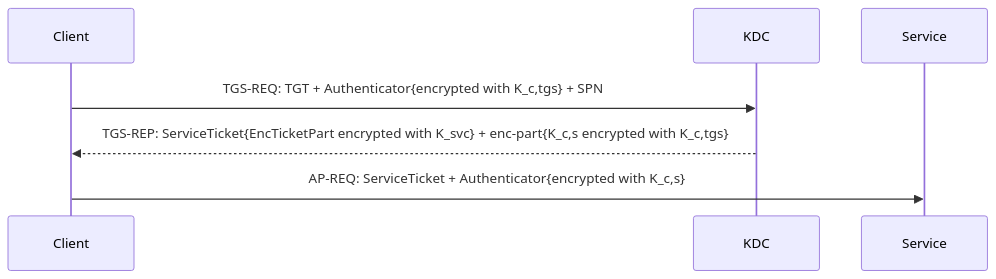
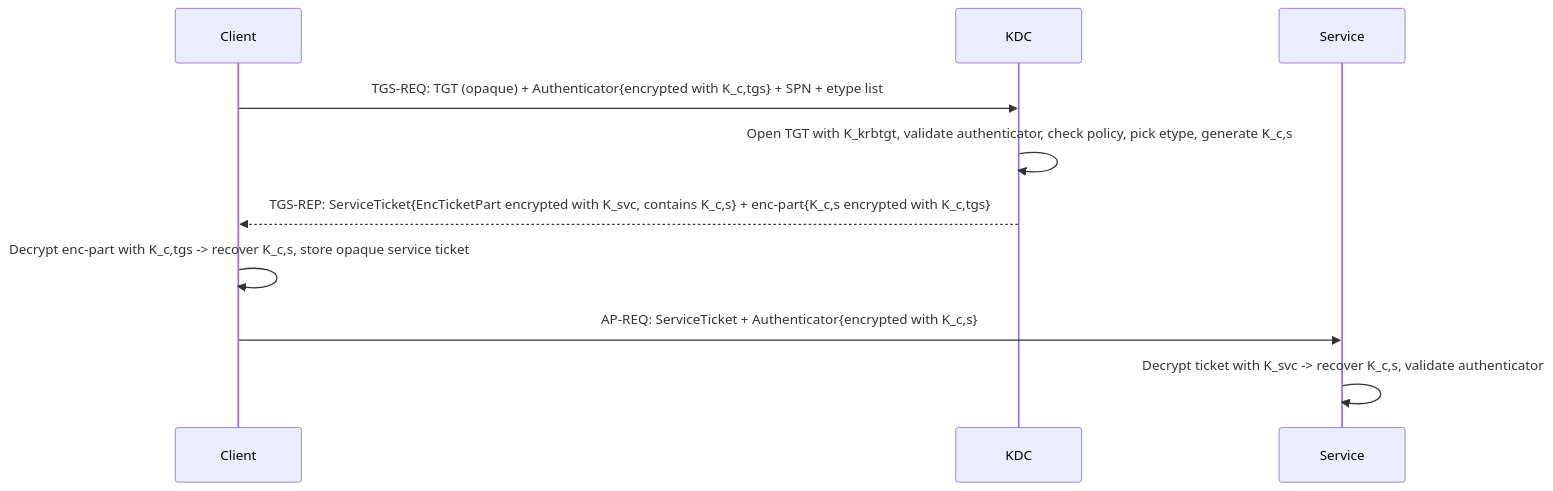
One commit to 0xMati/Tech-Blog changed the third of 5 diagrams in 060 - Active Directory/Hardening/RC4 Hardening/1. RC4 Fundamentals, Obsolescence, and Risks of Continued Use.md. Above: the diagram before and after it, drawn with Mermaid. The commit also changed other lines of this file, not shown here.

````diff
--- a/060 - Active Directory/Hardening/RC4 Hardening/1. RC4 Fundamentals, Obsolescence, and Risks of Continued Use.md
+++ b/060 - Active Directory/Hardening/RC4 Hardening/1. RC4 Fundamentals, Obsolescence, and Risks of Continued Use.md
@@ -121,9 +121,12 @@
 ```mermaid
 sequenceDiagram
 	participant C as Client
 	participant K as KDC
 	participant S as Service
-	C->>K: TGS-REQ: TGT + Authenticator{encrypted with K_c,tgs} + SPN
-	K-->>C: TGS-REP: ServiceTicket{EncTicketPart encrypted with K_svc} + enc-part{K_c,s encrypted with K_c,tgs}
+	C->>K: TGS-REQ: TGT (opaque) + Authenticator{encrypted with K_c,tgs} + SPN + etype list
+	K->>K: Open TGT with K_krbtgt, validate authenticator, check policy, pick etype, generate K_c,s
+	K-->>C: TGS-REP: ServiceTicket{EncTicketPart encrypted with K_svc, contains K_c,s} + enc-part{K_c,s encrypted with K_c,tgs}
+	C->>C: Decrypt enc-part with K_c,tgs -> recover K_c,s, store opaque service ticket
 	C->>S: AP-REQ: ServiceTicket + Authenticator{encrypted with K_c,s}
+	S->>S: Decrypt ticket with K_svc -> recover K_c,s, validate authenticator
 ```
````
